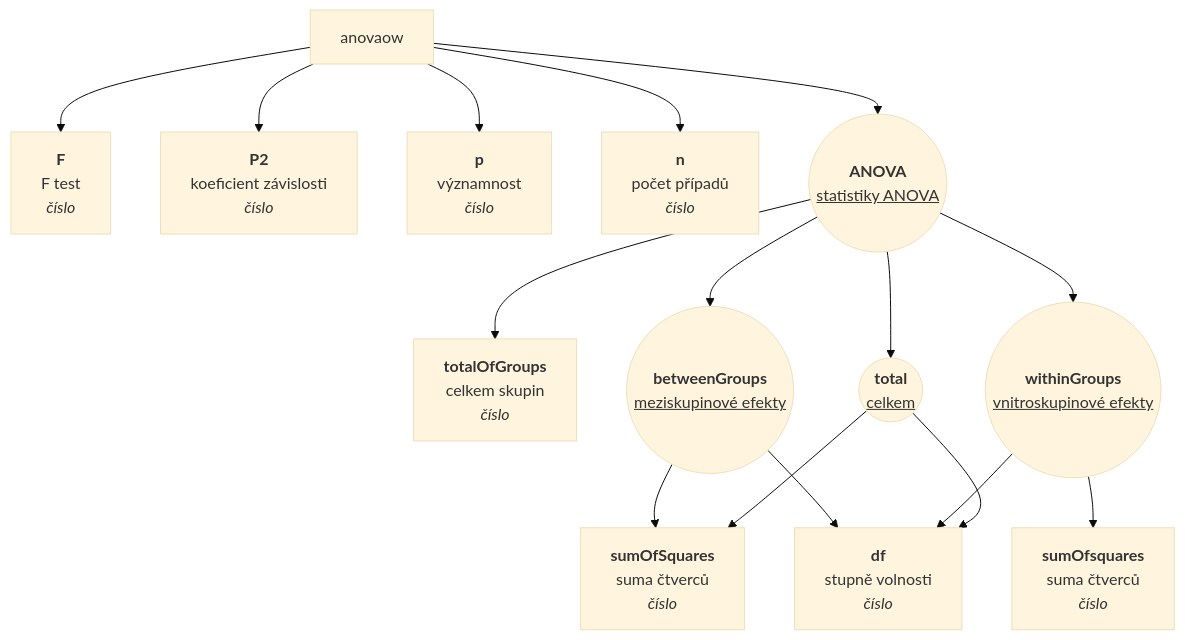
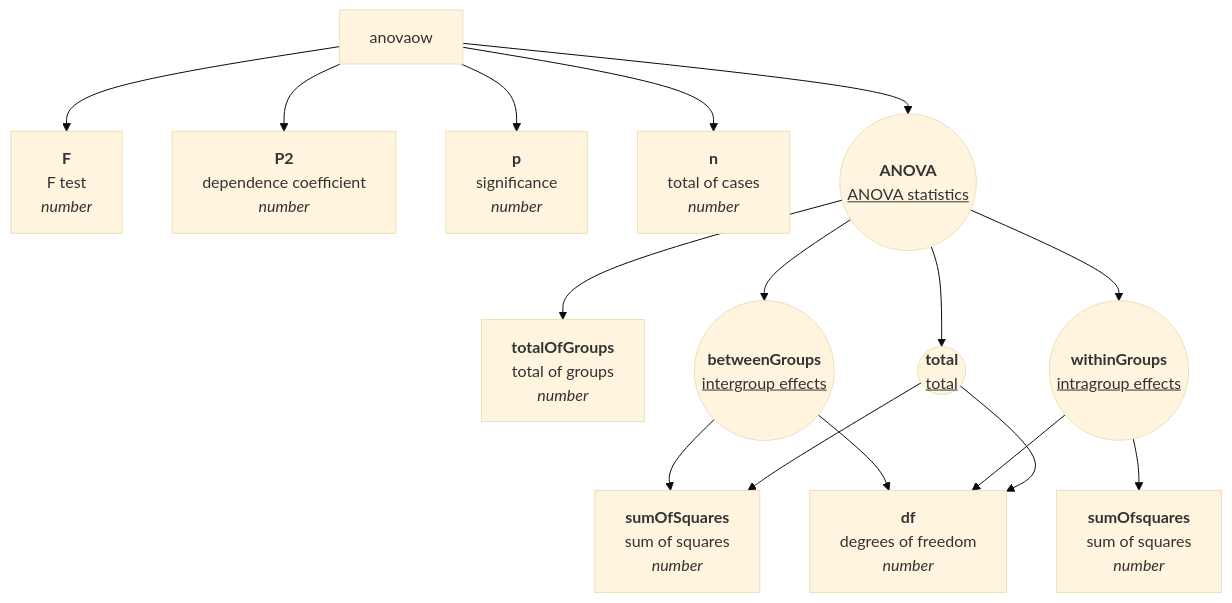
One commit to muzikp/retusa changed the second of 3 diagrams in md-test.md. Above: the diagram before and after it, drawn with Mermaid (base theme). The commit also changed other lines of this file, not shown here.

````diff
--- a/md-test.md
+++ b/md-test.md
@@ -93,19 +93,19 @@
 ```mermaid
 graph TD
-anovaow --> F[<b>F</b><br>F test <br><i>číslo</i>]
-anovaow --> P2[<b>P2</b><br>koeficient závislosti <br><i>číslo</i>]
-anovaow --> p[<b>p</b><br>významnost <br><i>číslo</i>]
-anovaow --> n[<b>n</b><br>počet případů <br><i>číslo</i>]
-anovaow --> ANOVA((<b>ANOVA</b><br><u>statistiky ANOVA</u>))
-ANOVA --> totalOfGroups[<b>totalOfGroups</b><br>celkem skupin <br><i>číslo</i>]
-ANOVA --> betweenGroups((<b>betweenGroups</b><br><u>meziskupinové efekty</u>))
-betweenGroups --> sumOfSquares[<b>sumOfSquares</b><br>suma čtverců <br><i>číslo</i>]
-betweenGroups --> df[<b>df</b><br>stupně volnosti <br><i>číslo</i>]
-ANOVA --> withinGroups((<b>withinGroups</b><br><u>vnitroskupinové efekty</u>))
-withinGroups --> sumOfsquares[<b>sumOfsquares</b><br>suma čtverců <br><i>číslo</i>]
-withinGroups --> df[<b>df</b><br>stupně volnosti <br><i>číslo</i>]
-ANOVA --> total((<b>total</b><br><u>celkem</u>))
-total --> sumOfSquares[<b>sumOfSquares</b><br>suma čtverců <br><i>číslo</i>]
-total --> df[<b>df</b><br>stupně volnosti <br><i>číslo</i>]
+anovaow --> F[<b>F</b><br>F test <br><i>number</i>]
+anovaow --> P2[<b>P2</b><br>dependence coefficient <br><i>number</i>]
+anovaow --> p[<b>p</b><br>significance <br><i>number</i>]
+anovaow --> n[<b>n</b><br>total of cases <br><i>number</i>]
+anovaow --> ANOVA((<b>ANOVA</b><br><u>ANOVA statistics</u>))
+ANOVA --> totalOfGroups[<b>totalOfGroups</b><br>total of groups <br><i>number</i>]
+ANOVA --> betweenGroups((<b>betweenGroups</b><br><u>intergroup effects</u>))
+betweenGroups --> sumOfSquares[<b>sumOfSquares</b><br>sum of squares <br><i>number</i>]
+betweenGroups --> df[<b>df</b><br>degrees of freedom <br><i>number</i>]
+ANOVA --> withinGroups((<b>withinGroups</b><br><u>intragroup effects</u>))
+withinGroups --> sumOfsquares[<b>sumOfsquares</b><br>sum of squares <br><i>number</i>]
+withinGroups --> df[<b>df</b><br>degrees of freedom <br><i>number</i>]
+ANOVA --> total((<b>total</b><br><u>total</u>))
+total --> sumOfSquares[<b>sumOfSquares</b><br>sum of squares <br><i>number</i>]
+total --> df[<b>df</b><br>degrees of freedom <br><i>number</i>]
 
 ```
````
